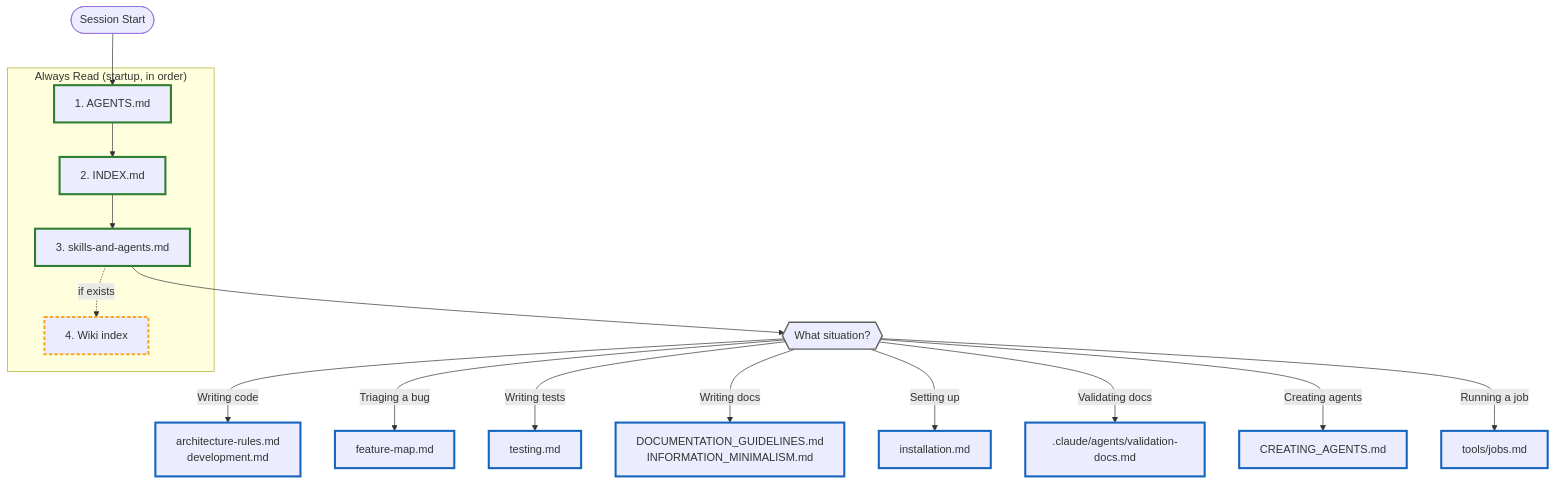
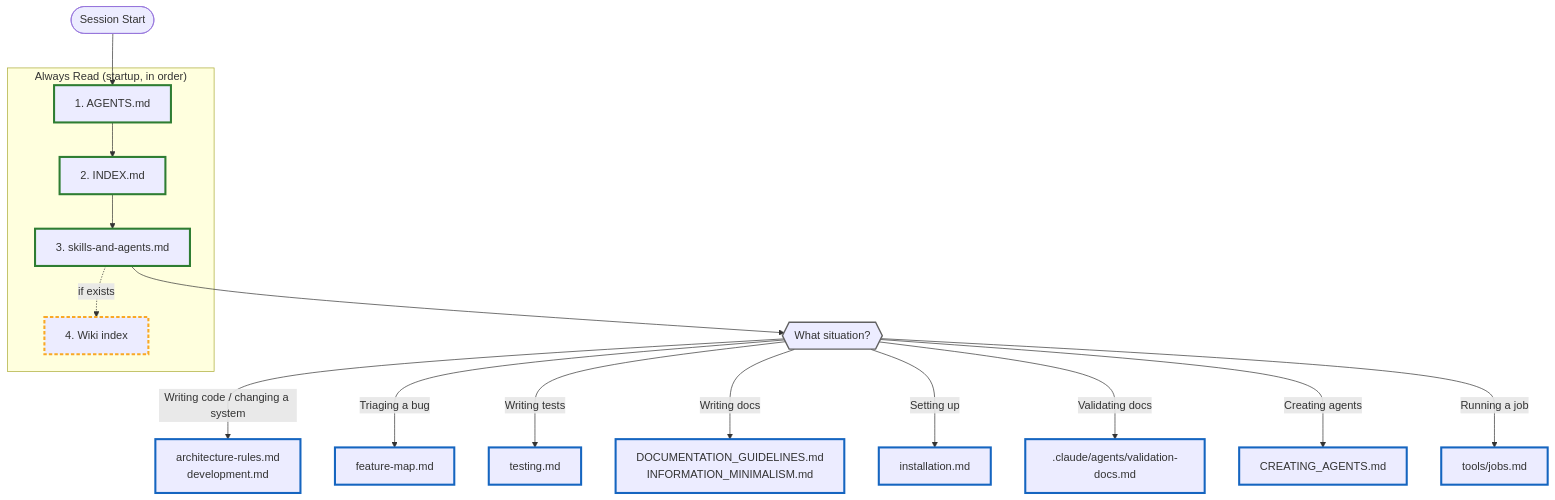
One commit to noskule-cc/aiDocs changed the diagram in docs/AGENTS.md. Above: the diagram before and after it, drawn with Mermaid. The commit also changed other lines of this file and 2 other files, not shown here.

Commit message:
fix(update-aidocs): fold pilot lessons into the method-layer retirement
The tBot2 and turris pilots (#59) showed the two migration rows were
too thin. Replace them with a Method-layer retirement section: how to
find project-only lines, keep rules and drop steps, order as a safety
property in ops repos, no invented test content, the forced edits in
project-owned files, and the port table as the confirmation surface.

docs/AGENTS.md routes "changing a system" to the same rules as
"writing code", since ops repos have no code. The version stamp source
moves to noskule-cc/aiDocs.

Refs #59

````diff
--- a/docs/AGENTS.md
+++ b/docs/AGENTS.md
@@ -43,34 +43,34 @@
 ```mermaid
 flowchart TD
     START([Session Start]) --> M1
 
     subgraph startup ["Always Read (startup, in order)"]
         M1["1. AGENTS.md"] --> M2["2. INDEX.md"]
         M2 --> M3["3. skills-and-agents.md"]
         M3 -.->|if exists| M4["4. Wiki index"]
     end
 
     M3 --> SIT{{"What situation?"}}
 
-    SIT -->|"Writing code"| CODE["architecture-rules.md<br>development.md"]
+    SIT -->|"Writing code / changing a system"| CODE["architecture-rules.md<br>development.md"]
     SIT -->|"Triaging a bug"| TRIAGE["feature-map.md"]
     SIT -->|"Writing tests"| TEST["testing.md"]
     SIT -->|"Writing docs"| DOCS["DOCUMENTATION_GUIDELINES.md<br>INFORMATION_MINIMALISM.md"]
     SIT -->|"Setting up"| SETUP["installation.md"]
     SIT -->|"Validating docs"| VDOC[".claude/agents/validation-docs.md"]
     SIT -->|"Creating agents"| AREADME["CREATING_AGENTS.md"]
     SIT -->|"Running a job"| JOBS["tools/jobs.md"]
 
     %% Stroke only - never fill/color. A hardcoded fill is a light-mode
     %% assumption: the renderer's dark theme still supplies a light label
     %% color, and the label washes out. Strokes read in both themes.
     classDef always stroke:#2e7d32,stroke-width:3px
     classDef optional stroke:#f9a825,stroke-width:3px,stroke-dasharray:5 3
     classDef conditional stroke:#1565c0,stroke-width:3px
     classDef decision stroke:#616161,stroke-width:2px
 
     class M1,M2,M3 always
     class M4 optional
     class CODE,TRIAGE,TEST,DOCS,SETUP,VDOC,AREADME,JOBS conditional
     class SIT decision
 ```
````
